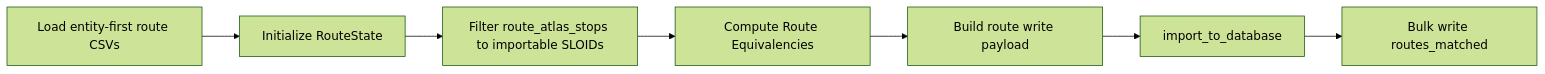
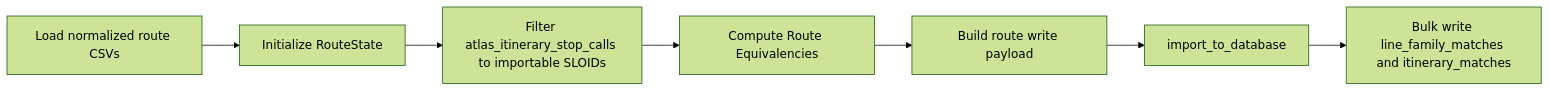
One commit to openTdataCH/stop_sync_osm_atlas changed the first of 2 diagrams in documentation/1.4 Route-Route Matching.md. Above: the diagram before and after it, drawn with Mermaid (forest theme). The commit also changed other lines of this file and 59 other files, not shown here.

Commit message:
first approach route refactoring

````diff
--- a/documentation/1.4 Route-Route Matching.md
+++ b/documentation/1.4 Route-Route Matching.md
@@ -14,9 +14,9 @@
 ```mermaid
 flowchart LR
-    A[Load entity-first route CSVs] --> B[Initialize RouteState]
-   B --> C[Filter route_atlas_stops to importable SLOIDs]
+   A[Load normalized route CSVs] --> B[Initialize RouteState]
+   B --> C[Filter atlas_itinerary_stop_calls to importable SLOIDs]
    C --> D[Compute Route Equivalencies]
    D --> E[Build route write payload]
    E --> F[import_to_database]
-   F --> G[Bulk write routes_matched]
+   F --> G[Bulk write line_family_matches and itinerary_matches]
 ```
````
